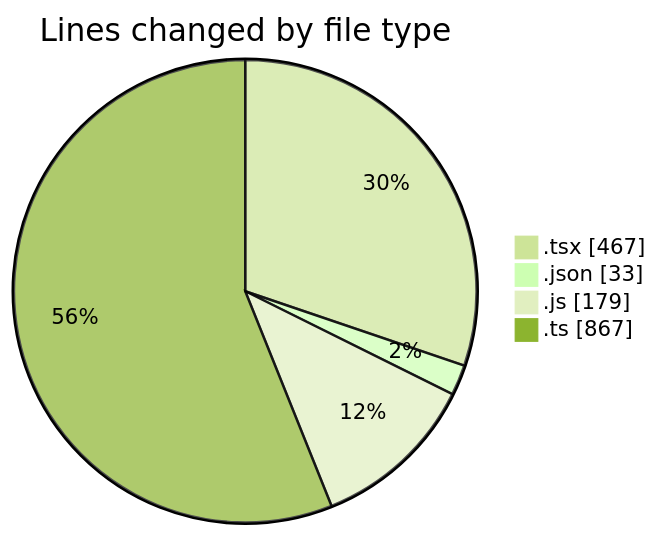
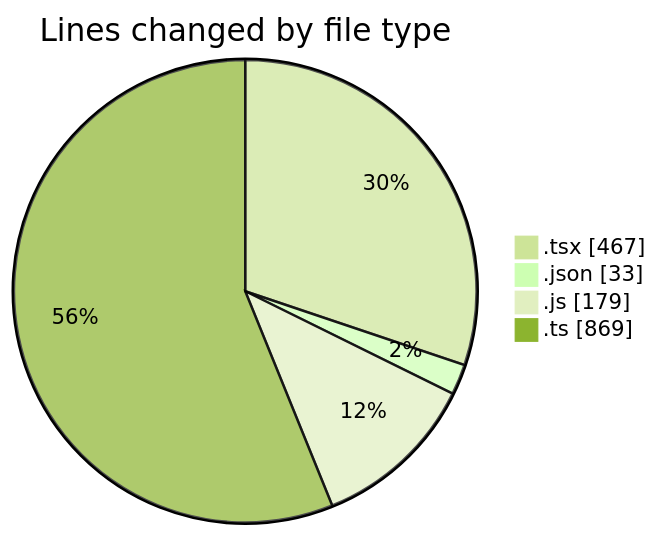
The first of 2 diagrams in 2025-01-28/mbc-web/README.md (robertbonfada/code-tracking), drawn with Mermaid (forest theme) before and after one commit. The commit also changed other lines of this file and 1 other file, not shown here.

````diff
--- a/2025-01-28/mbc-web/README.md
+++ b/2025-01-28/mbc-web/README.md
@@ -24,8 +24,8 @@
 ```mermaid
 pie showData
 title Lines changed by file type
 ".tsx" : 467
 ".json" : 33
 ".js" : 179
-".ts" : 867
+".ts" : 869
 ```
````
